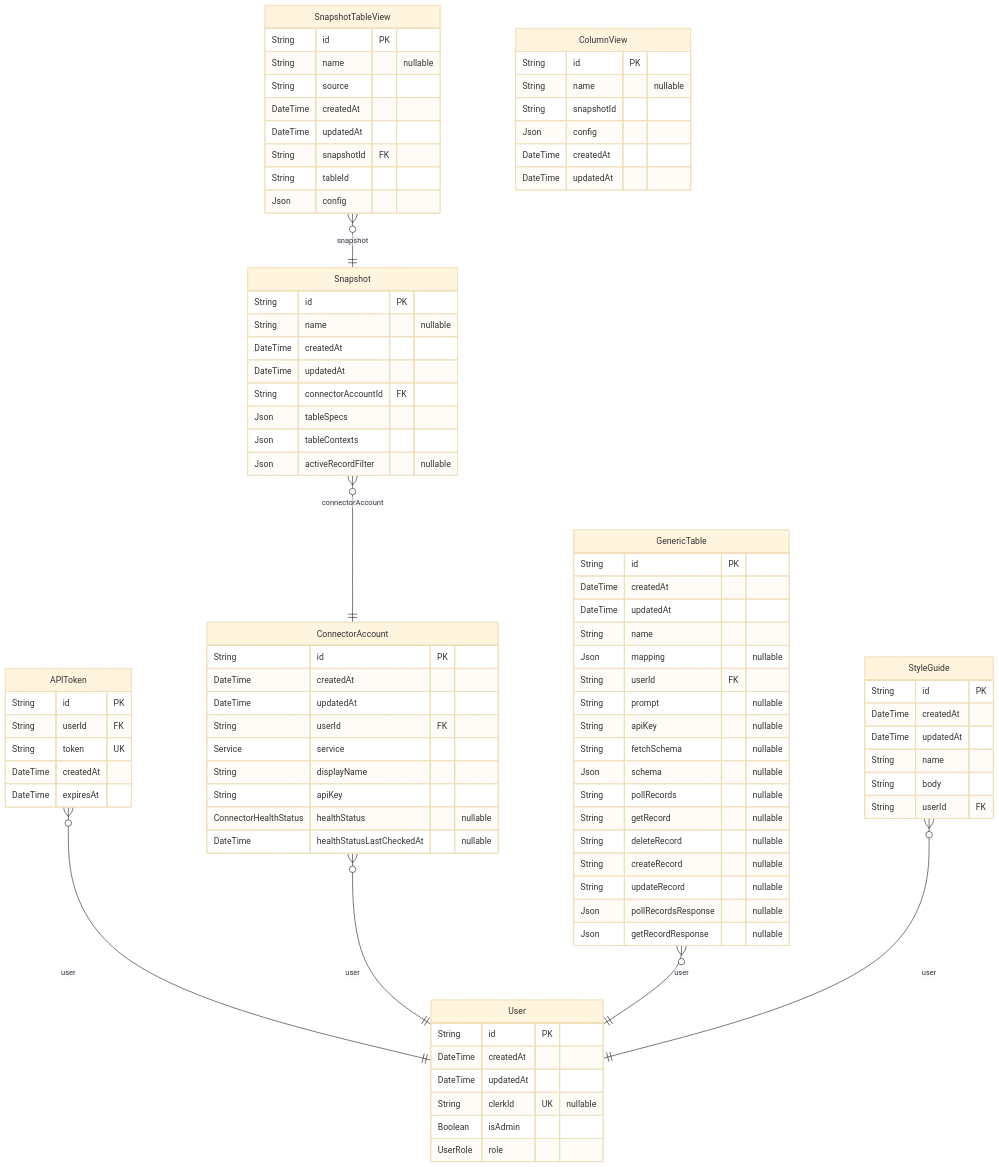
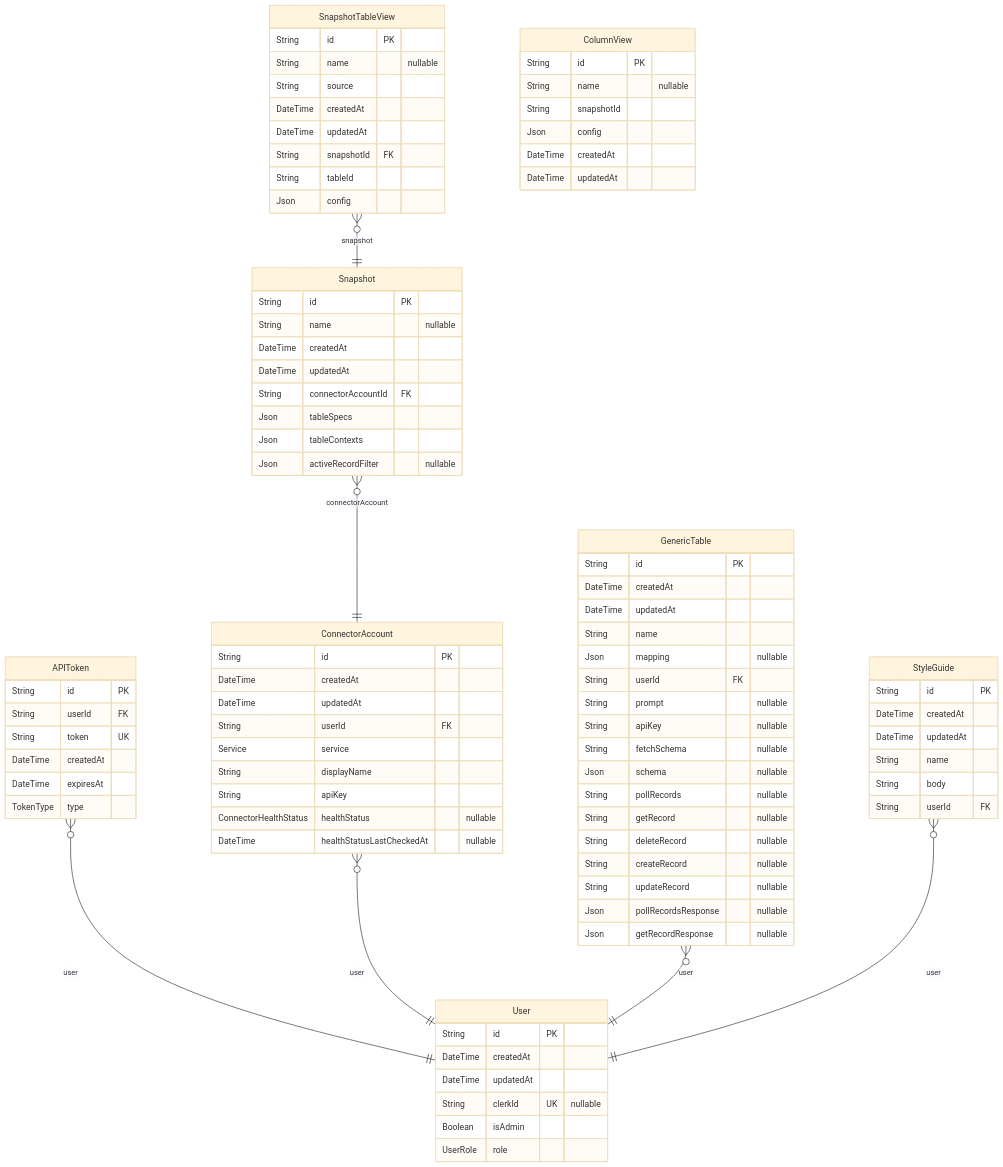
The diagram in server/prisma/ERD.md (whalesync/scratch-cli), drawn with Mermaid (base theme) before and after one commit. The commit also changed other lines of this file and 2 other files, not shown here.

Commit message:
[server, db] add a type to api tokens

```diff
--- a/server/prisma/ERD.md
+++ b/server/prisma/ERD.md
@@ -22,6 +22,7 @@
   String token UK
   DateTime createdAt
   DateTime expiresAt
+  TokenType type
 }
 "ConnectorAccount" {
   String id PK
```
